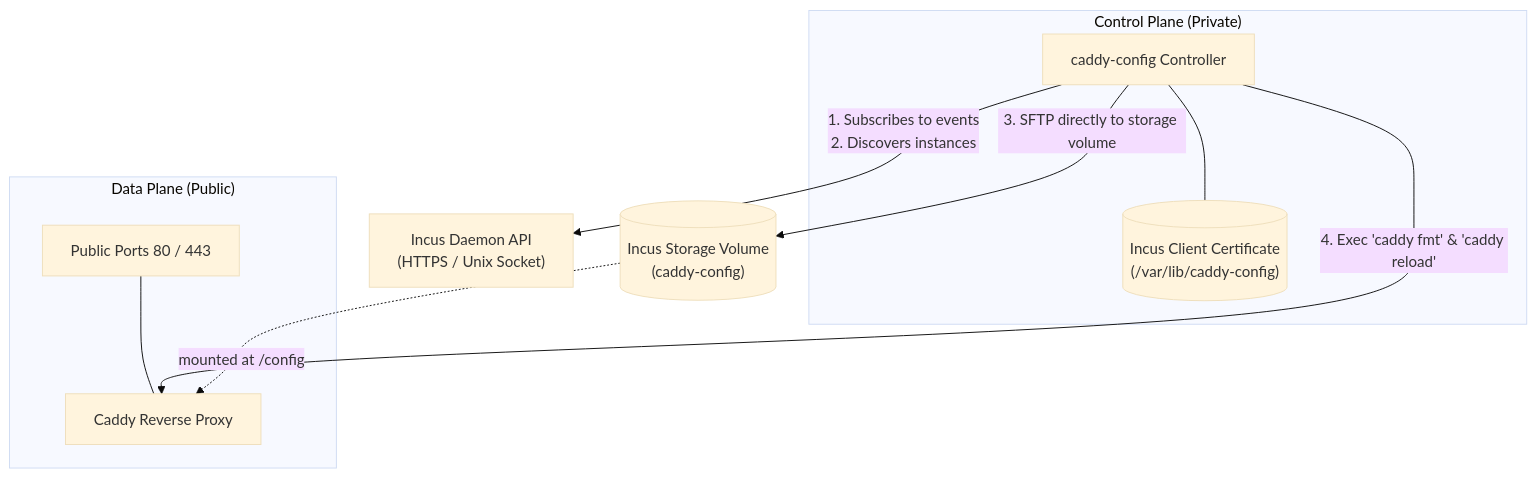
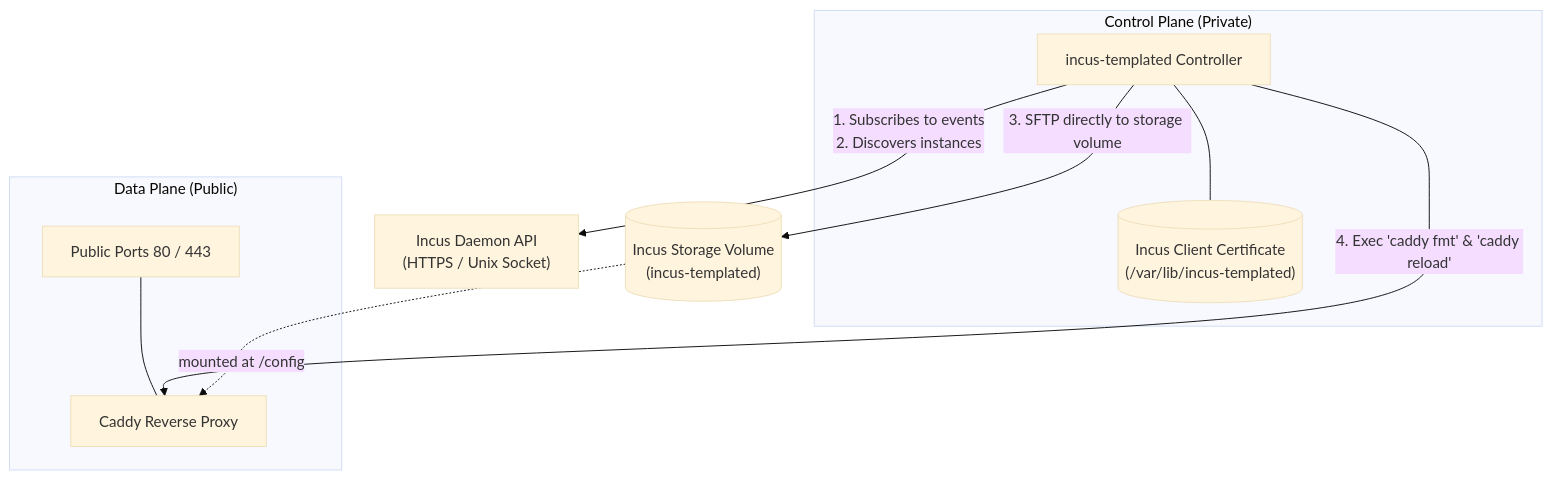
One commit to jochumdev/incus-caddy-config changed the first of 3 diagrams in docs/root/architecture.md. Above: the diagram before and after it, drawn with Mermaid (base theme). The commit also changed other lines of this file and 8 other files, not shown here.

````diff
--- a/docs/root/architecture.md
+++ b/docs/root/architecture.md
@@ -24,22 +24,22 @@
 ```mermaid
 flowchart TD
     subgraph ControlPlane["Control Plane (Private)"]
-        CC["caddy-config Controller"]
-        Credentials[("Incus Client Certificate<br/>(/var/lib/caddy-config)")]
+        CC["incus-templated Controller"]
+        Credentials[("Incus Client Certificate<br/>(/var/lib/incus-templated)")]
         CC --- Credentials
     end
 
     subgraph DataPlane["Data Plane (Public)"]
         Caddy["Caddy Reverse Proxy"]
         Ports["Public Ports 80 / 443"]
         Ports --- Caddy
     end
 
     IncusDaemon["Incus Daemon API<br/>(HTTPS / Unix Socket)"]
 
     CC -->|"1. Subscribes to events<br/>2. Discovers instances"| IncusDaemon
-    CC -->|"3. SFTP directly to storage volume"| StorageVolume[("Incus Storage Volume<br/>(caddy-config)")]
+    CC -->|"3. SFTP directly to storage volume"| StorageVolume[("Incus Storage Volume<br/>(incus-templated)")]
     CC -->|"4. Exec 'caddy fmt' & 'caddy reload'"| Caddy
 
     StorageVolume -.->|mounted at /config| Caddy
 ```
````
